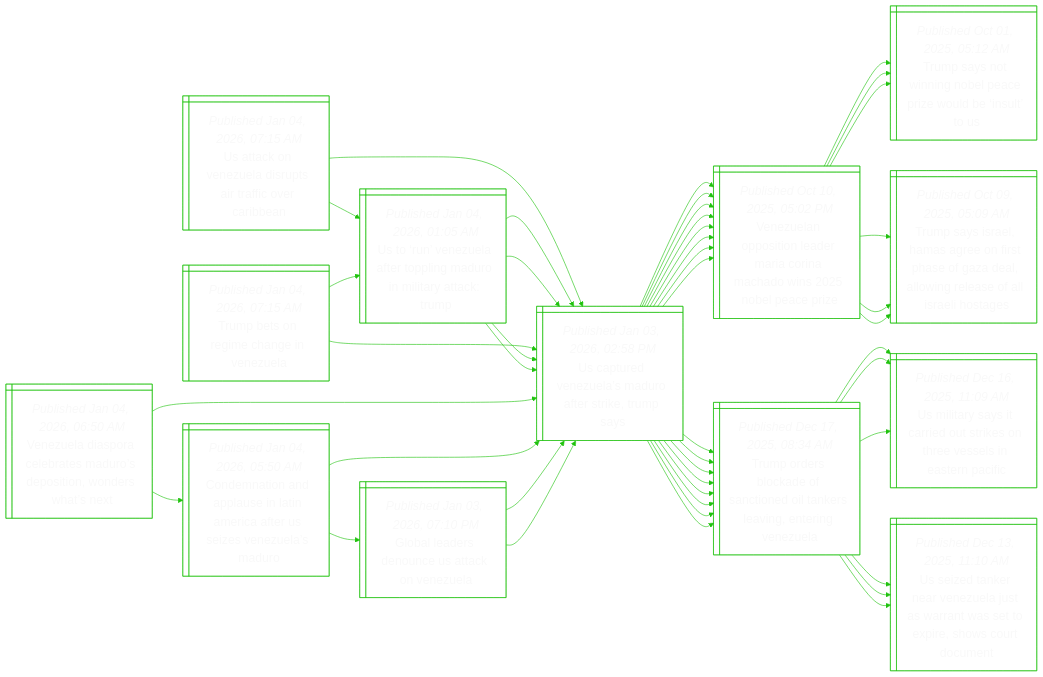
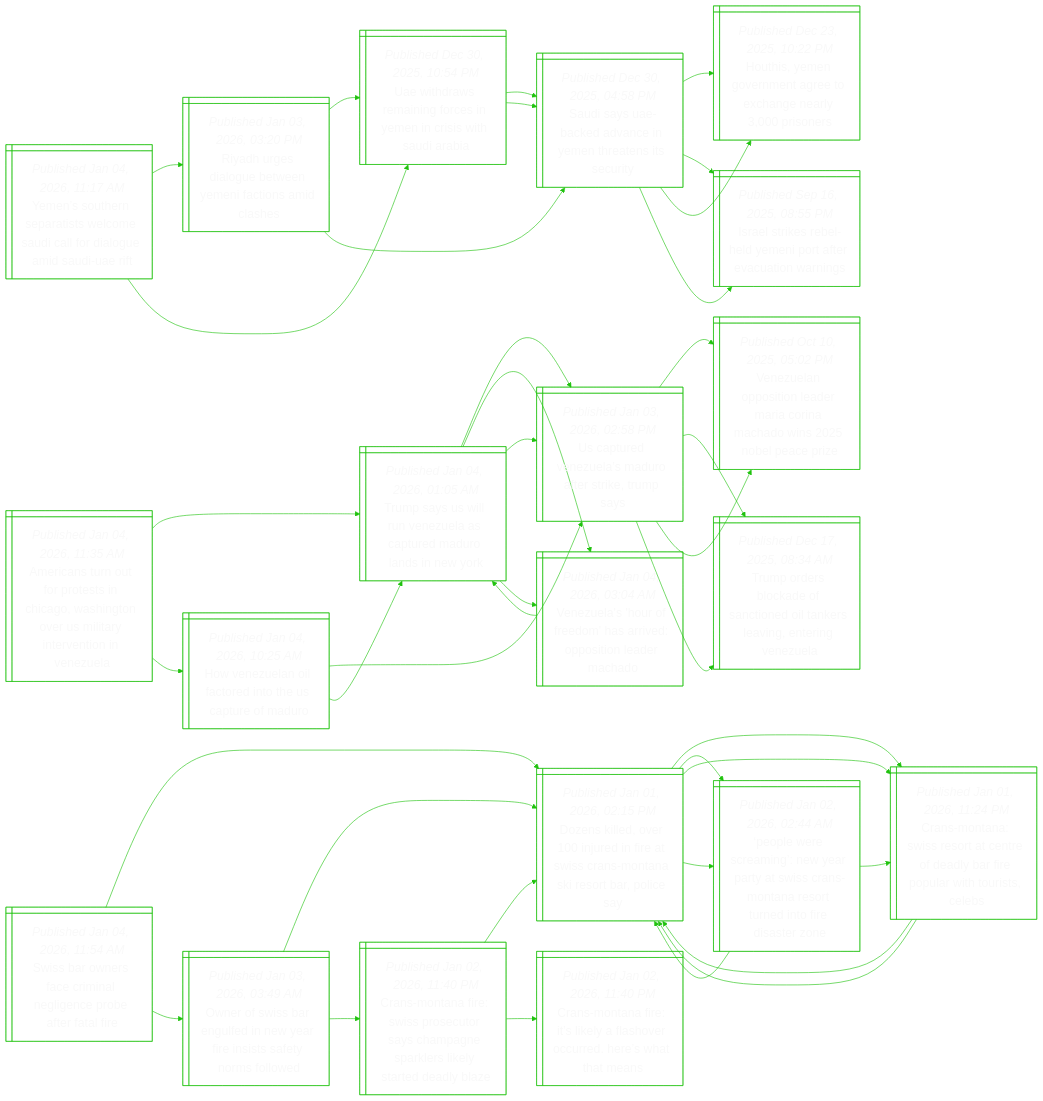
The diagram in README.md (notJmes/notJmes), drawn with Mermaid before and after one commit. The commit also changed other lines of this file, not shown here.

````diff
--- a/README.md
+++ b/README.md
@@ -16,142 +16,127 @@
 flowchart LR
 classDef txtsize font-size:20px;
 
-UaVuittirb@{ shape: win-pane, label: "_Published Jan 04, 2026, 07:15 AM_
-Us attack on venezuela disrupts air traffic over caribbean" }
-UtVuMorkms@{ shape: win-pane, label: "_Published Jan 03, 2026, 02:58 PM_
-Us captured venezuela’s maduro after strike, trump says" }
-Vuoilranhibai@{ shape: win-pane, label: "_Published Oct 10, 2025, 05:02 PM_
-Venezuelan opposition leader maria corina machado wins 2025 nobel peace prize" }
-TsonoeroelS@{ shape: win-pane, label: "_Published Oct 01, 2025, 05:12 AM_
-Trump says not winning nobel peace prize would be ‘insult’ to us" }
-TssHaossaaorslaoe@{ shape: win-pane, label: "_Published Oct 09, 2025, 05:09 AM_
-Trump says israel, hamas agree on first phase of gaza deal, allowing release of all israeli hostages" }
-Toskftdasitgz@{ shape: win-pane, label: "_Published Dec 17, 2025, 08:34 AM_
-Trump orders blockade of sanctioned oil tankers leaving, entering venezuela" }
-Uistitktvlanf@{ shape: win-pane, label: "_Published Dec 16, 2025, 11:09 AM_
-Us military says it carried out strikes on three vessels in eastern pacific" }
-Uznenltrwtphoon@{ shape: win-pane, label: "_Published Dec 13, 2025, 11:10 AM_
-Us seized tanker near venezuela just as warrant was set to expire, shows court document" }
-Uuearlaiiakp@{ shape: win-pane, label: "_Published Jan 04, 2026, 01:05 AM_
-Us to ‘run’ venezuela after toppling maduro in military attack: trump" }
+Sbnailieerl@{ shape: win-pane, label: "_Published Jan 04, 2026, 11:54 AM_
+Swiss bar owners face criminal negligence probe after fatal fire" }
+Dserrftssairpe@{ shape: win-pane, label: "_Published Jan 01, 2026, 02:15 PM_
+Dozens killed, over 100 injured in fire at swiss crans-montana ski resort bar, police say" }
+CMnsoceaaeltrcs@{ shape: win-pane, label: "_Published Jan 01, 2026, 11:24 PM_
+Crans-montana: swiss resort at centre of deadly bar fire popular with tourists, celebs" }
+Dserrftssairpe@{ shape: win-pane, label: "_Published Jan 01, 2026, 02:15 PM_
+Dozens killed, over 100 injured in fire at swiss crans-montana ski resort bar, police say" }
+Dserrftssairpe@{ shape: win-pane, label: "_Published Jan 01, 2026, 02:15 PM_
+Dozens killed, over 100 injured in fire at swiss crans-montana ski resort bar, police say" }
+Pesmeryianrteodtn@{ shape: win-pane, label: "_Published Jan 02, 2026, 02:44 AM_
+‘people were screaming’: new year party at swiss crans-montana resort turned into fire disaster zone" }
+Dserrftssairpe@{ shape: win-pane, label: "_Published Jan 01, 2026, 02:15 PM_
+Dozens killed, over 100 injured in fire at swiss crans-montana ski resort bar, police say" }
+CMnsoceaaeltrcs@{ shape: win-pane, label: "_Published Jan 01, 2026, 11:24 PM_
+Crans-montana: swiss resort at centre of deadly bar fire popular with tourists, celebs" }
+OosefNaesfooe@{ shape: win-pane, label: "_Published Jan 03, 2026, 03:49 AM_
+Owner of swiss bar engulfed in new year fire insists safety norms followed" }
+Dserrftssairpe@{ shape: win-pane, label: "_Published Jan 01, 2026, 02:15 PM_
+Dozens killed, over 100 injured in fire at swiss crans-montana ski resort bar, police say" }
+CMnsoceaaeltrcs@{ shape: win-pane, label: "_Published Jan 01, 2026, 11:24 PM_
+Crans-montana: swiss resort at centre of deadly bar fire popular with tourists, celebs" }
+Pesmeryianrteodtn@{ shape: win-pane, label: "_Published Jan 02, 2026, 02:44 AM_
+‘people were screaming’: new year party at swiss crans-montana resort turned into fire disaster zone" }
+CMnesercapektdlz@{ shape: win-pane, label: "_Published Jan 02, 2026, 11:40 PM_
+Crans-montana fire: swiss prosecutor says champagne sparklers likely started deadly blaze" }
+Dserrftssairpe@{ shape: win-pane, label: "_Published Jan 01, 2026, 02:15 PM_
+Dozens killed, over 100 injured in fire at swiss crans-montana ski resort bar, police say" }
+CMneiahorrats@{ shape: win-pane, label: "_Published Jan 02, 2026, 11:40 PM_
+Crans-montana fire: it’s likely a flashover occurred. here’s what that means" }
+
+Sbnailieerl:::txtsize --> Dserrftssairpe:::txtsize
+Dserrftssairpe:::txtsize --> CMnsoceaaeltrcs:::txtsize
+CMnsoceaaeltrcs:::txtsize --> Dserrftssairpe:::txtsize
+CMnsoceaaeltrcs:::txtsize --> Dserrftssairpe:::txtsize
+Dserrftssairpe:::txtsize --> Pesmeryianrteodtn:::txtsize
+Pesmeryianrteodtn:::txtsize --> Dserrftssairpe:::txtsize
+Pesmeryianrteodtn:::txtsize --> CMnsoceaaeltrcs:::txtsize
+Sbnailieerl:::txtsize --> OosefNaesfooe:::txtsize
+OosefNaesfooe:::txtsize --> Dserrftssairpe:::txtsize
+Dserrftssairpe:::txtsize --> CMnsoceaaeltrcs:::txtsize
+Dserrftssairpe:::txtsize --> Pesmeryianrteodtn:::txtsize
+OosefNaesfooe:::txtsize --> CMnesercapektdlz:::txtsize
+CMnesercapektdlz:::txtsize --> Dserrftssairpe:::txtsize
+CMnesercapektdlz:::txtsize --> CMneiahorrats:::txtsize
+
+AcutrthoinUiivoee@{ shape: win-pane, label: "_Published Jan 04, 2026, 11:35 AM_
+Americans turn out for protests in chicago, washington over us military intervention in venezuela" }
+TsSrnlaeunNr@{ shape: win-pane, label: "_Published Jan 04, 2026, 01:05 AM_
+Trump says us will run venezuela as captured maduro lands in new york" }
 UtVuMorkms@{ shape: win-pane, label: "_Published Jan 03, 2026, 02:58 PM_
 Us captured venezuela’s maduro after strike, trump says" }
 Vuoilranhibai@{ shape: win-pane, label: "_Published Oct 10, 2025, 05:02 PM_
 Venezuelan opposition leader maria corina machado wins 2025 nobel peace prize" }
 Toskftdasitgz@{ shape: win-pane, label: "_Published Dec 17, 2025, 08:34 AM_
 Trump orders blockade of sanctioned oil tankers leaving, entering venezuela" }
+Vuhfdsvpiaao@{ shape: win-pane, label: "_Published Jan 04, 2026, 03:04 AM_
+Venezuela's 'hour of freedom' has arrived: opposition leader machado" }
+TsSrnlaeunNr@{ shape: win-pane, label: "_Published Jan 04, 2026, 01:05 AM_
+Trump says us will run venezuela as captured maduro lands in new york" }
+Hnllonepou@{ shape: win-pane, label: "_Published Jan 04, 2026, 10:25 AM_
+How venezuelan oil factored into the us capture of maduro" }
 UtVuMorkms@{ shape: win-pane, label: "_Published Jan 03, 2026, 02:58 PM_
 Us captured venezuela’s maduro after strike, trump says" }
 Vuoilranhibai@{ shape: win-pane, label: "_Published Oct 10, 2025, 05:02 PM_
 Venezuelan opposition leader maria corina machado wins 2025 nobel peace prize" }
 Toskftdasitgz@{ shape: win-pane, label: "_Published Dec 17, 2025, 08:34 AM_
 Trump orders blockade of sanctioned oil tankers leaving, entering venezuela" }
+TsSrnlaeunNr@{ shape: win-pane, label: "_Published Jan 04, 2026, 01:05 AM_
+Trump says us will run venezuela as captured maduro lands in new york" }
+UtVuMorkms@{ shape: win-pane, label: "_Published Jan 03, 2026, 02:58 PM_
+Us captured venezuela’s maduro after strike, trump says" }
+Vuhfdsvpiaao@{ shape: win-pane, label: "_Published Jan 04, 2026, 03:04 AM_
+Venezuela's 'hour of freedom' has arrived: opposition leader machado" }
 
-UaVuittirb:::txtsize --> UtVuMorkms:::txtsize
-UtVuMorkms:::txtsize --> Vuoilranhibai:::txtsize
-Vuoilranhibai:::txtsize --> TsonoeroelS:::txtsize
-Vuoilranhibai:::txtsize --> TssHaossaaorslaoe:::txtsize
-UtVuMorkms:::txtsize --> Toskftdasitgz:::txtsize
-Toskftdasitgz:::txtsize --> Uistitktvlanf:::txtsize
-Toskftdasitgz:::txtsize --> Uznenltrwtphoon:::txtsize
-UaVuittirb:::txtsize --> Uuearlaiiakp:::txtsize
-Uuearlaiiakp:::txtsize --> UtVuMorkms:::txtsize
+AcutrthoinUiivoee:::txtsize --> TsSrnlaeunNr:::txtsize
+TsSrnlaeunNr:::txtsize --> UtVuMorkms:::txtsize
 UtVuMorkms:::txtsize --> Vuoilranhibai:::txtsize
 UtVuMorkms:::txtsize --> Toskftdasitgz:::txtsize
-Uuearlaiiakp:::txtsize --> UtVuMorkms:::txtsize
+TsSrnlaeunNr:::txtsize --> Vuhfdsvpiaao:::txtsize
+Vuhfdsvpiaao:::txtsize --> TsSrnlaeunNr:::txtsize
+AcutrthoinUiivoee:::txtsize --> Hnllonepou:::txtsize
+Hnllonepou:::txtsize --> UtVuMorkms:::txtsize
 UtVuMorkms:::txtsize --> Vuoilranhibai:::txtsize
 UtVuMorkms:::txtsize --> Toskftdasitgz:::txtsize
+Hnllonepou:::txtsize --> TsSrnlaeunNr:::txtsize
+TsSrnlaeunNr:::txtsize --> UtVuMorkms:::txtsize
+TsSrnlaeunNr:::txtsize --> Vuhfdsvpiaao:::txtsize
 
-TbnmnVu@{ shape: win-pane, label: "_Published Jan 04, 2026, 07:15 AM_
-Trump bets on regime change in venezuela" }
-UtVuMorkms@{ shape: win-pane, label: "_Published Jan 03, 2026, 02:58 PM_
-Us captured venezuela’s maduro after strike, trump says" }
-Vuoilranhibai@{ shape: win-pane, label: "_Published Oct 10, 2025, 05:02 PM_
-Venezuelan opposition leader maria corina machado wins 2025 nobel peace prize" }
-TsonoeroelS@{ shape: win-pane, label: "_Published Oct 01, 2025, 05:12 AM_
-Trump says not winning nobel peace prize would be ‘insult’ to us" }
-TssHaossaaorslaoe@{ shape: win-pane, label: "_Published Oct 09, 2025, 05:09 AM_
-Trump says israel, hamas agree on first phase of gaza deal, allowing release of all israeli hostages" }
-Toskftdasitgz@{ shape: win-pane, label: "_Published Dec 17, 2025, 08:34 AM_
-Trump orders blockade of sanctioned oil tankers leaving, entering venezuela" }
-Uistitktvlanf@{ shape: win-pane, label: "_Published Dec 16, 2025, 11:09 AM_
-Us military says it carried out strikes on three vessels in eastern pacific" }
-Uznenltrwtphoon@{ shape: win-pane, label: "_Published Dec 13, 2025, 11:10 AM_
-Us seized tanker near venezuela just as warrant was set to expire, shows court document" }
-Uuearlaiiakp@{ shape: win-pane, label: "_Published Jan 04, 2026, 01:05 AM_
-Us to ‘run’ venezuela after toppling maduro in military attack: trump" }
-UtVuMorkms@{ shape: win-pane, label: "_Published Jan 03, 2026, 02:58 PM_
-Us captured venezuela’s maduro after strike, trump says" }
-Vuoilranhibai@{ shape: win-pane, label: "_Published Oct 10, 2025, 05:02 PM_
-Venezuelan opposition leader maria corina machado wins 2025 nobel peace prize" }
-Toskftdasitgz@{ shape: win-pane, label: "_Published Dec 17, 2025, 08:34 AM_
-Trump orders blockade of sanctioned oil tankers leaving, entering venezuela" }
-UtVuMorkms@{ shape: win-pane, label: "_Published Jan 03, 2026, 02:58 PM_
-Us captured venezuela’s maduro after strike, trump says" }
-Vuoilranhibai@{ shape: win-pane, label: "_Published Oct 10, 2025, 05:02 PM_
-Venezuelan opposition leader maria corina machado wins 2025 nobel peace prize" }
-Toskftdasitgz@{ shape: win-pane, label: "_Published Dec 17, 2025, 08:34 AM_
-Trump orders blockade of sanctioned oil tankers leaving, entering venezuela" }
+Yshetwmdliudii@{ shape: win-pane, label: "_Published Jan 04, 2026, 11:17 AM_
+Yemen’s southern separatists welcome saudi call for dialogue amid saudi-uae rift" }
+Rhsoenntals@{ shape: win-pane, label: "_Published Jan 03, 2026, 03:20 PM_
+Riyadh urges dialogue between yemeni factions amid clashes" }
+Utwageenihii@{ shape: win-pane, label: "_Published Dec 30, 2025, 10:54 PM_
+Uae withdraws remaining forces in yemen in crisis with saudi arabia" }
+SsAkvieeset@{ shape: win-pane, label: "_Published Dec 30, 2025, 04:58 PM_
+Saudi says uae-backed advance in yemen threatens its security" }
+SsAkvieeset@{ shape: win-pane, label: "_Published Dec 30, 2025, 04:58 PM_
+Saudi says uae-backed advance in yemen threatens its security" }
+Hieenexgrir@{ shape: win-pane, label: "_Published Dec 23, 2025, 10:22 PM_
+Houthis, yemen government agree to exchange nearly 3,000 prisoners" }
+Ilkblerecon@{ shape: win-pane, label: "_Published Sep 16, 2025, 08:55 PM_
+Israel strikes rebel-held yemeni port after evacuation warnings" }
+Utwageenihii@{ shape: win-pane, label: "_Published Dec 30, 2025, 10:54 PM_
+Uae withdraws remaining forces in yemen in crisis with saudi arabia" }
+SsAkvieeset@{ shape: win-pane, label: "_Published Dec 30, 2025, 04:58 PM_
+Saudi says uae-backed advance in yemen threatens its security" }
+Hieenexgrir@{ shape: win-pane, label: "_Published Dec 23, 2025, 10:22 PM_
+Houthis, yemen government agree to exchange nearly 3,000 prisoners" }
+Ilkblerecon@{ shape: win-pane, label: "_Published Sep 16, 2025, 08:55 PM_
+Israel strikes rebel-held yemeni port after evacuation warnings" }
 
-TbnmnVu:::txtsize --> UtVuMorkms:::txtsize
-UtVuMorkms:::txtsize --> Vuoilranhibai:::txtsize
-Vuoilranhibai:::txtsize --> TsonoeroelS:::txtsize
-Vuoilranhibai:::txtsize --> TssHaossaaorslaoe:::txtsize
-UtVuMorkms:::txtsize --> Toskftdasitgz:::txtsize
-Toskftdasitgz:::txtsize --> Uistitktvlanf:::txtsize
-Toskftdasitgz:::txtsize --> Uznenltrwtphoon:::txtsize
-TbnmnVu:::txtsize --> Uuearlaiiakp:::txtsize
-Uuearlaiiakp:::txtsize --> UtVuMorkms:::txtsize
-UtVuMorkms:::txtsize --> Vuoilranhibai:::txtsize
-UtVuMorkms:::txtsize --> Toskftdasitgz:::txtsize
-Uuearlaiiakp:::txtsize --> UtVuMorkms:::txtsize
-UtVuMorkms:::txtsize --> Vuoilranhibai:::txtsize
-UtVuMorkms:::txtsize --> Toskftdasitgz:::txtsize
-
-Vuireeuetoss@{ shape: win-pane, label: "_Published Jan 04, 2026, 06:50 AM_
-Venezuela diaspora celebrates maduro’s deposition, wonders what’s next" }
-UtVuMorkms@{ shape: win-pane, label: "_Published Jan 03, 2026, 02:58 PM_
-Us captured venezuela’s maduro after strike, trump says" }
-Vuoilranhibai@{ shape: win-pane, label: "_Published Oct 10, 2025, 05:02 PM_
-Venezuelan opposition leader maria corina machado wins 2025 nobel peace prize" }
-TsonoeroelS@{ shape: win-pane, label: "_Published Oct 01, 2025, 05:12 AM_
-Trump says not winning nobel peace prize would be ‘insult’ to us" }
-TssHaossaaorslaoe@{ shape: win-pane, label: "_Published Oct 09, 2025, 05:09 AM_
-Trump says israel, hamas agree on first phase of gaza deal, allowing release of all israeli hostages" }
-Toskftdasitgz@{ shape: win-pane, label: "_Published Dec 17, 2025, 08:34 AM_
-Trump orders blockade of sanctioned oil tankers leaving, entering venezuela" }
-Uistitktvlanf@{ shape: win-pane, label: "_Published Dec 16, 2025, 11:09 AM_
-Us military says it carried out strikes on three vessels in eastern pacific" }
-Uznenltrwtphoon@{ shape: win-pane, label: "_Published Dec 13, 2025, 11:10 AM_
-Us seized tanker near venezuela just as warrant was set to expire, shows court document" }
-CmoauLAceeVuMo@{ shape: win-pane, label: "_Published Jan 04, 2026, 05:50 AM_
-Condemnation and applause in latin america after us seizes venezuela’s maduro" }
-UtVuMorkms@{ shape: win-pane, label: "_Published Jan 03, 2026, 02:58 PM_
-Us captured venezuela’s maduro after strike, trump says" }
-Vuoilranhibai@{ shape: win-pane, label: "_Published Oct 10, 2025, 05:02 PM_
-Venezuelan opposition leader maria corina machado wins 2025 nobel peace prize" }
-Toskftdasitgz@{ shape: win-pane, label: "_Published Dec 17, 2025, 08:34 AM_
-Trump orders blockade of sanctioned oil tankers leaving, entering venezuela" }
-Glenetnz@{ shape: win-pane, label: "_Published Jan 03, 2026, 07:10 PM_
-Global leaders denounce us attack on venezuela" }
-UtVuMorkms@{ shape: win-pane, label: "_Published Jan 03, 2026, 02:58 PM_
-Us captured venezuela’s maduro after strike, trump says" }
-UtVuMorkms@{ shape: win-pane, label: "_Published Jan 03, 2026, 02:58 PM_
-Us captured venezuela’s maduro after strike, trump says" }
-
-Vuireeuetoss:::txtsize --> UtVuMorkms:::txtsize
-UtVuMorkms:::txtsize --> Vuoilranhibai:::txtsize
-Vuoilranhibai:::txtsize --> TsonoeroelS:::txtsize
-Vuoilranhibai:::txtsize --> TssHaossaaorslaoe:::txtsize
-UtVuMorkms:::txtsize --> Toskftdasitgz:::txtsize
-Toskftdasitgz:::txtsize --> Uistitktvlanf:::txtsize
-Toskftdasitgz:::txtsize --> Uznenltrwtphoon:::txtsize
-Vuireeuetoss:::txtsize --> CmoauLAceeVuMo:::txtsize
-CmoauLAceeVuMo:::txtsize --> UtVuMorkms:::txtsize
-UtVuMorkms:::txtsize --> Vuoilranhibai:::txtsize
-UtVuMorkms:::txtsize --> Toskftdasitgz:::txtsize
-CmoauLAceeVuMo:::txtsize --> Glenetnz:::txtsize
-Glenetnz:::txtsize --> UtVuMorkms:::txtsize
-Glenetnz:::txtsize --> UtVuMorkms:::txtsize
+Yshetwmdliudii:::txtsize --> Rhsoenntals:::txtsize
+Rhsoenntals:::txtsize --> Utwageenihii:::txtsize
+Utwageenihii:::txtsize --> SsAkvieeset:::txtsize
+Rhsoenntals:::txtsize --> SsAkvieeset:::txtsize
+SsAkvieeset:::txtsize --> Hieenexgrir:::txtsize
+SsAkvieeset:::txtsize --> Ilkblerecon:::txtsize
+Yshetwmdliudii:::txtsize --> Utwageenihii:::txtsize
+Utwageenihii:::txtsize --> SsAkvieeset:::txtsize
+SsAkvieeset:::txtsize --> Hieenexgrir:::txtsize
+SsAkvieeset:::txtsize --> Ilkblerecon:::txtsize
 
 ```
````
